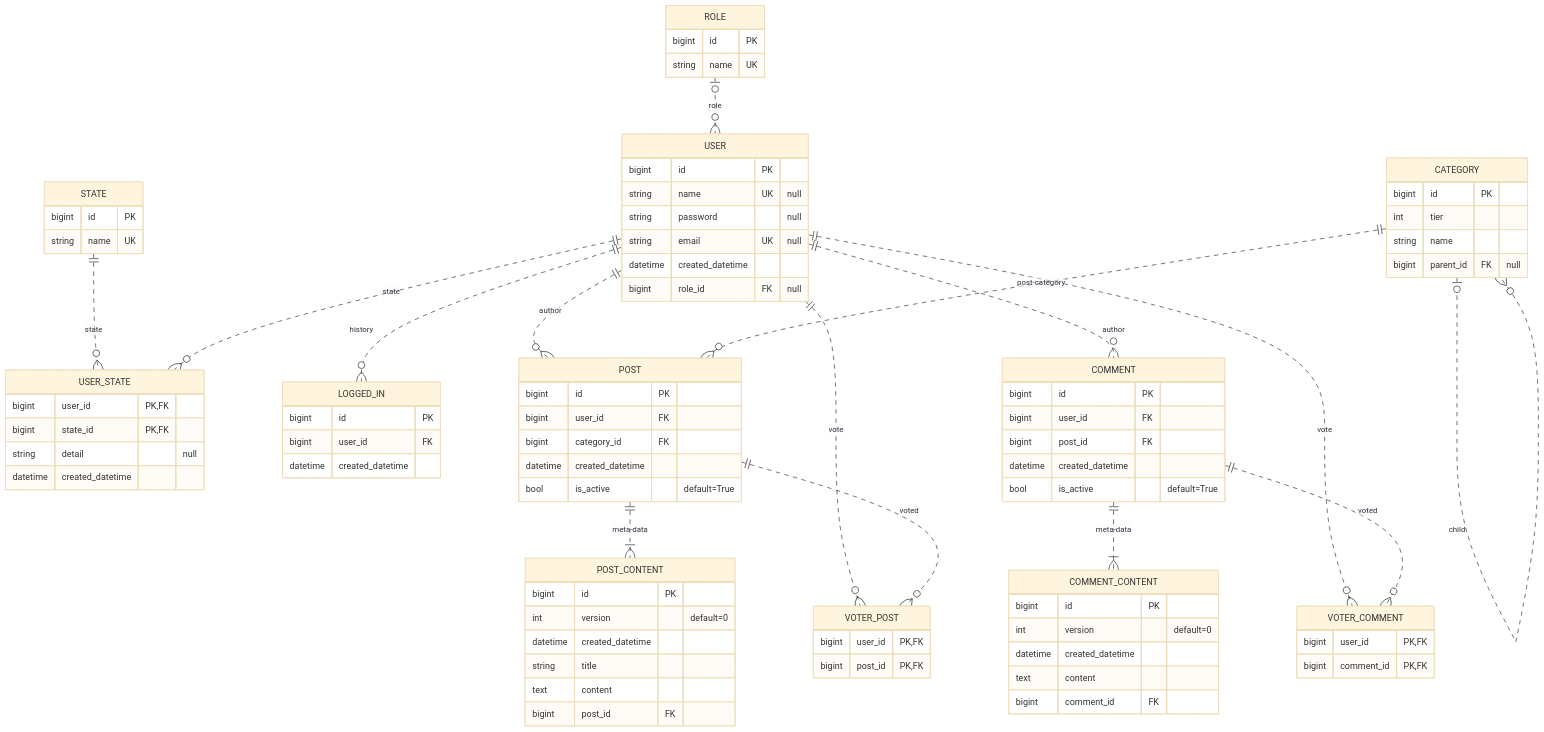
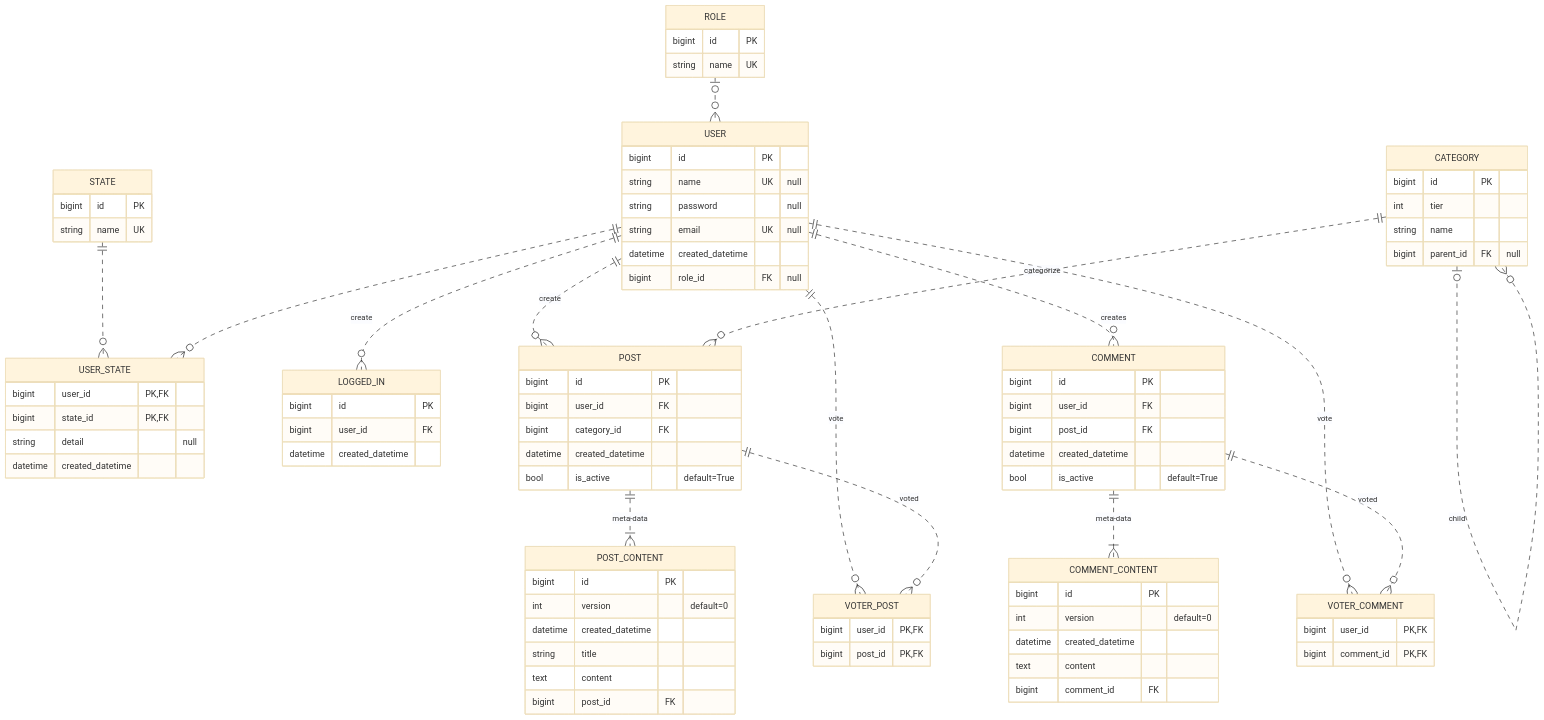
Before and after one commit to djccnt15/djccnt15.github.io: the first of 2 diagrams in docs/portfolio/board.md, drawn with Mermaid (base theme). The commit also changed 1 other file, not shown here.

Commit message:
minor updates of ERD in portfolios

```diff
--- a/docs/portfolio/board.md
+++ b/docs/portfolio/board.md
@@ -178,7 +178,7 @@
         string name UK
     }
 
-    ROLE |o..o{ USER : role
+    ROLE |o..o{ USER : ""
     USER {
         bigint      id                  PK
         string      name                UK  "null"
@@ -188,8 +188,8 @@
         bigint      role_id             FK  "null"
     }
 
-    STATE ||..o{ USER_STATE : state
-    USER ||..o{ USER_STATE : state
+    STATE ||..o{ USER_STATE : ""
+    USER ||..o{ USER_STATE : ""
     USER_STATE {
         bigint      user_id             PK, FK
         bigint      state_id            PK, FK
@@ -197,7 +197,7 @@
         datetime    created_datetime
     }
 
-    USER ||..o{ LOGGED_IN : history
+    USER ||..o{ LOGGED_IN : create
     LOGGED_IN {
         bigint      id                  PK
         bigint      user_id             FK
@@ -212,8 +212,8 @@
         bigint      parent_id   FK  "null"
     }
 
-    USER ||..o{ POST : author
-    CATEGORY ||..o{ POST : post-category
+    USER ||..o{ POST : create
+    CATEGORY ||..o{ POST : categorize
     POST {
         bigint      id                  PK
         bigint      user_id             FK
@@ -239,7 +239,7 @@
         bigint post_id PK, FK
     }
 
-    USER ||..o{ COMMENT : author
+    USER ||..o{ COMMENT : creates
     COMMENT {
         bigint      id                  PK
         bigint      user_id             FK
```
